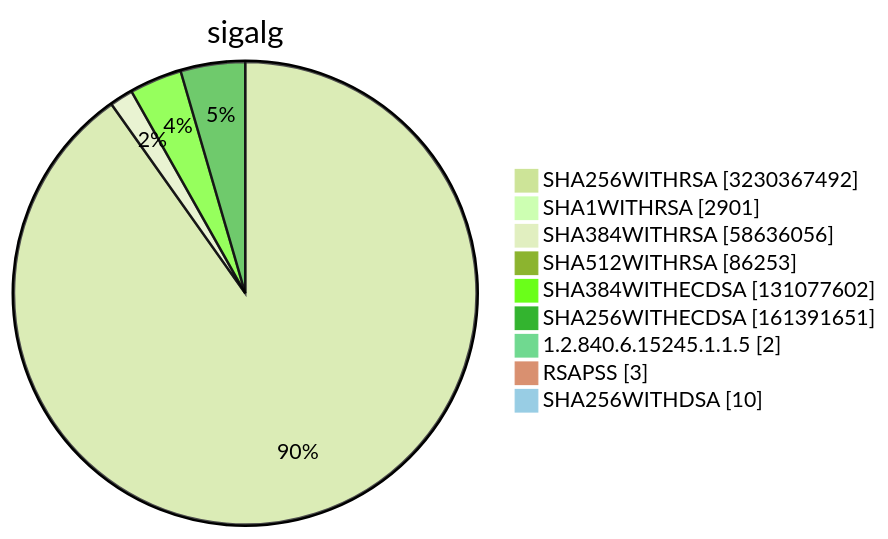
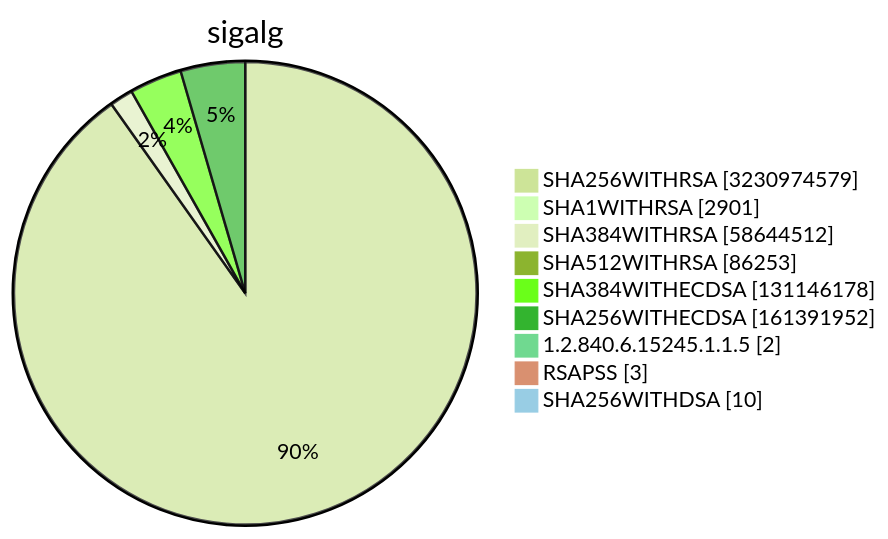
Diagram 15 of 15 in TOTAL/README.md (christiankrug/ctmonitor_visualization), drawn with Mermaid (forest theme) before and after one commit. The commit also changed other lines of this file, not shown here.

````diff
--- a/TOTAL/README.md
+++ b/TOTAL/README.md
@@ -6217,13 +6217,13 @@
 ```mermaid
 pie showData
 title sigalg
-"SHA256WITHRSA" :3230367492
+"SHA256WITHRSA" :3230974579
 "SHA1WITHRSA" :2901
-"SHA384WITHRSA" :58636056
+"SHA384WITHRSA" :58644512
 "SHA512WITHRSA" :86253
-"SHA384WITHECDSA" :131077602
-"SHA256WITHECDSA" :161391651
+"SHA384WITHECDSA" :131146178
+"SHA256WITHECDSA" :161391952
 "1.2.840.6.15245.1.1.5" :2
 "RSAPSS" :3
 "SHA256WITHDSA" :10
 ```
````
